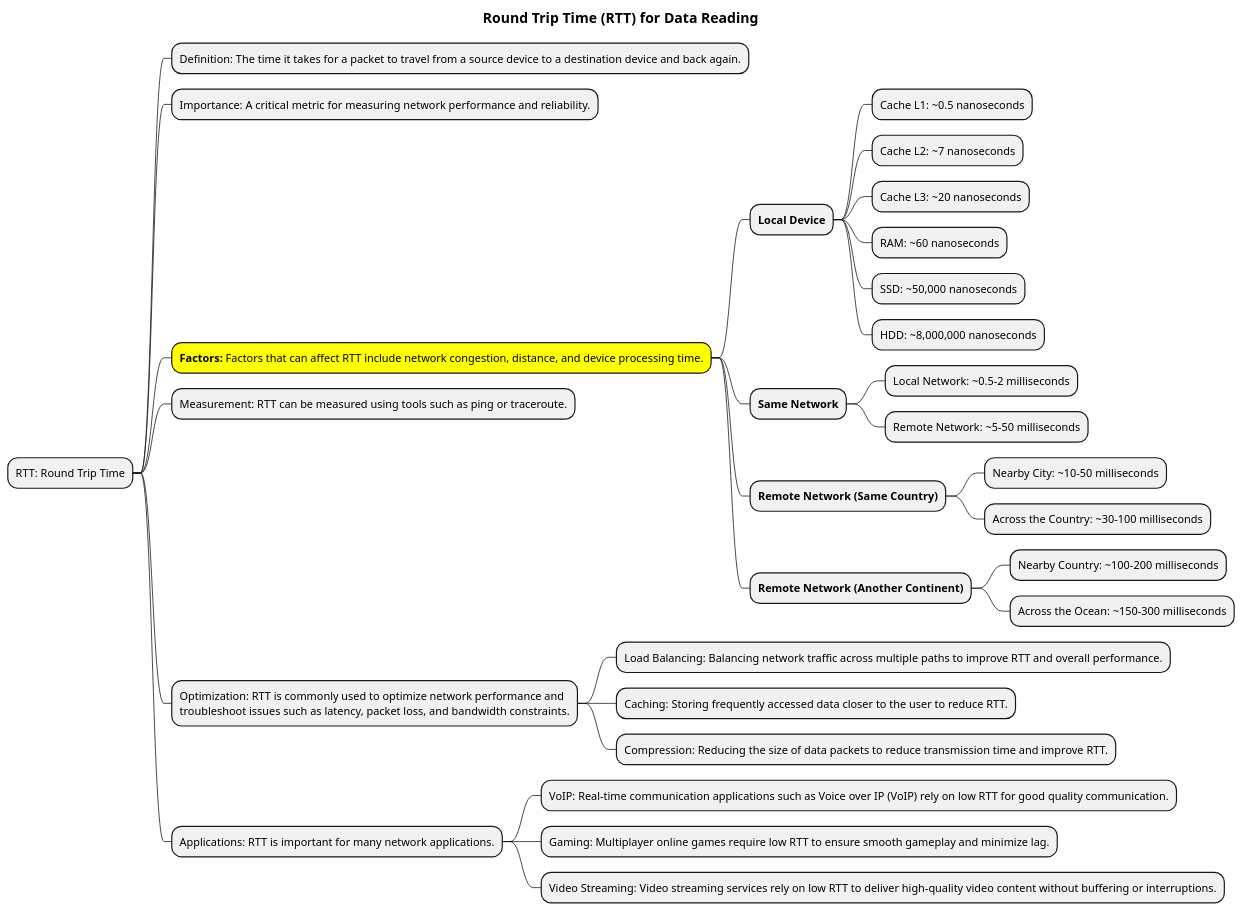
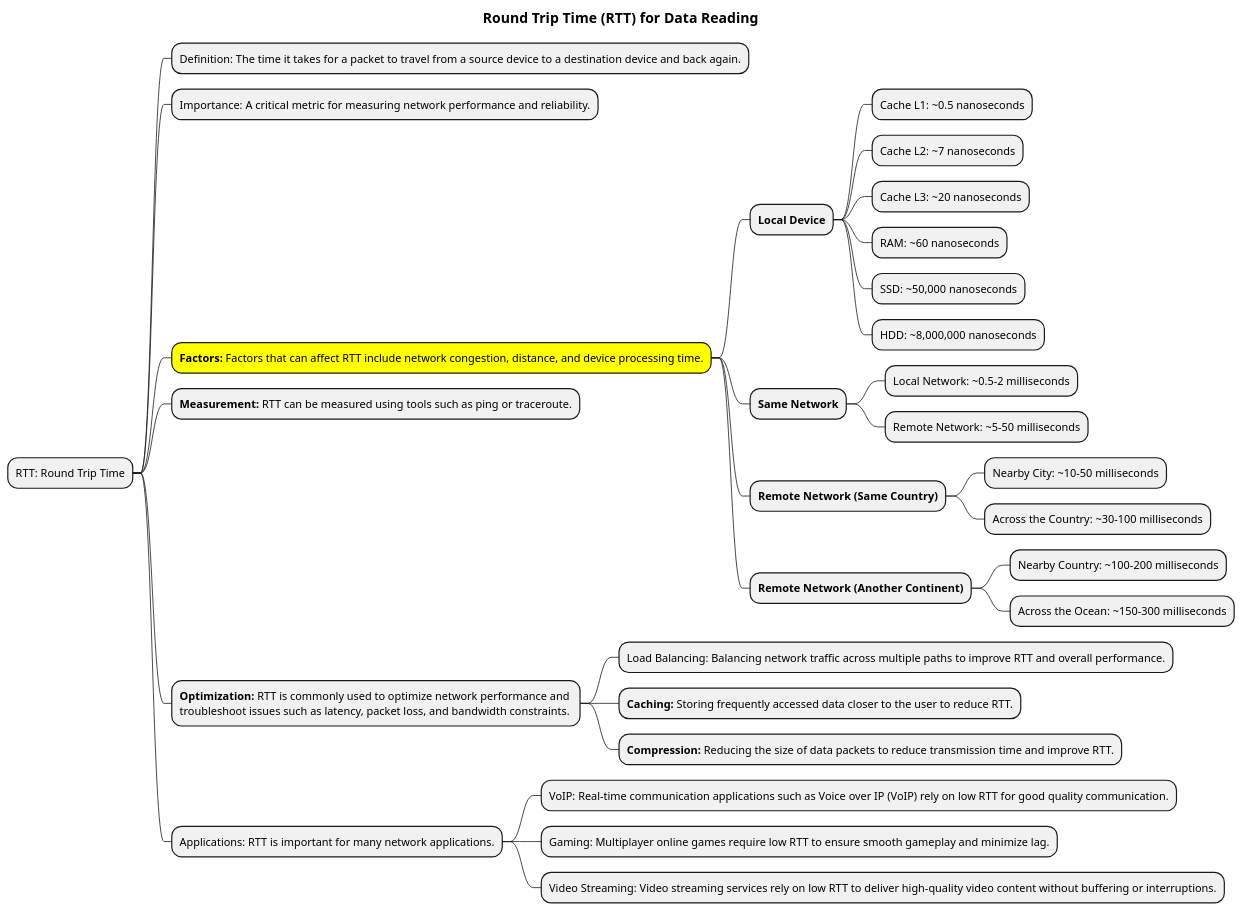
One commit to MehmoodHashmi/Documentation-as-Code-DaC changed the diagram in docs/books/1-books-backlog/computer-networks/Round-Trip-Time-(RTT)-for-Data-Reading.puml. Above: the diagram before and after it, drawn with PlantUML. The commit also changed 29 other files, not shown here.

Commit message:
working on Algorithms.puml mindmap

```diff
--- a/docs/books/1-books-backlog/computer-networks/Round-Trip-Time-(RTT)-for-Data-Reading.puml
+++ b/docs/books/1-books-backlog/computer-networks/Round-Trip-Time-(RTT)-for-Data-Reading.puml
@@ -1,42 +1,42 @@
 @startmindmap
 title = Round Trip Time (RTT) for Data Reading
 
 * RTT: Round Trip Time
 ** Definition: The time it takes for a packet to travel from a source device to a destination device and back again.
 ** Importance: A critical metric for measuring network performance and reliability.
 **[#yellow] **Factors:** Factors that can affect RTT include network congestion, distance, and device processing time.
 
 *** **Local Device**
 **** Cache L1: ~0.5 nanoseconds
 **** Cache L2: ~7 nanoseconds
 **** Cache L3: ~20 nanoseconds
 **** RAM: ~60 nanoseconds
 **** SSD: ~50,000 nanoseconds
 **** HDD: ~8,000,000 nanoseconds
 
 *** **Same Network**
 **** Local Network: ~0.5-2 milliseconds
 **** Remote Network: ~5-50 milliseconds
 
 *** **Remote Network (Same Country)**
 **** Nearby City: ~10-50 milliseconds
 **** Across the Country: ~30-100 milliseconds
 
 *** **Remote Network (Another Continent)**
 **** Nearby Country: ~100-200 milliseconds
 **** Across the Ocean: ~150-300 milliseconds
 
-** Measurement: RTT can be measured using tools such as ping or traceroute.
-** Optimization: RTT is commonly used to optimize network performance and \ntroubleshoot issues such as latency, packet loss, and bandwidth constraints.
+** **Measurement:** RTT can be measured using tools such as ping or traceroute.
+** **Optimization:** RTT is commonly used to optimize network performance and \ntroubleshoot issues such as latency, packet loss, and bandwidth constraints.
 
 *** Load Balancing: Balancing network traffic across multiple paths to improve RTT and overall performance.
-*** Caching: Storing frequently accessed data closer to the user to reduce RTT.
-*** Compression: Reducing the size of data packets to reduce transmission time and improve RTT.
+*** **Caching:** Storing frequently accessed data closer to the user to reduce RTT.
+*** **Compression:** Reducing the size of data packets to reduce transmission time and improve RTT.
 
 ** Applications: RTT is important for many network applications.
 
 *** VoIP: Real-time communication applications such as Voice over IP (VoIP) rely on low RTT for good quality communication.
 *** Gaming: Multiplayer online games require low RTT to ensure smooth gameplay and minimize lag.
 *** Video Streaming: Video streaming services rely on low RTT to deliver high-quality video content without buffering or interruptions.
 
 @endmindmap
```
